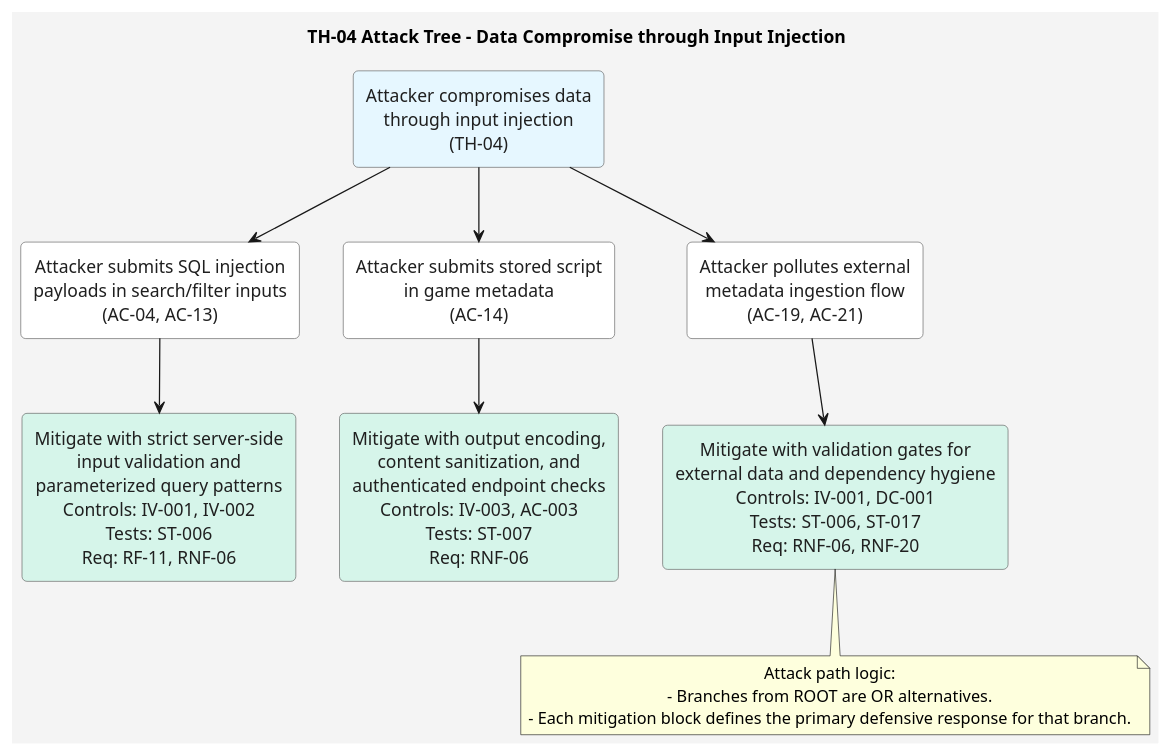
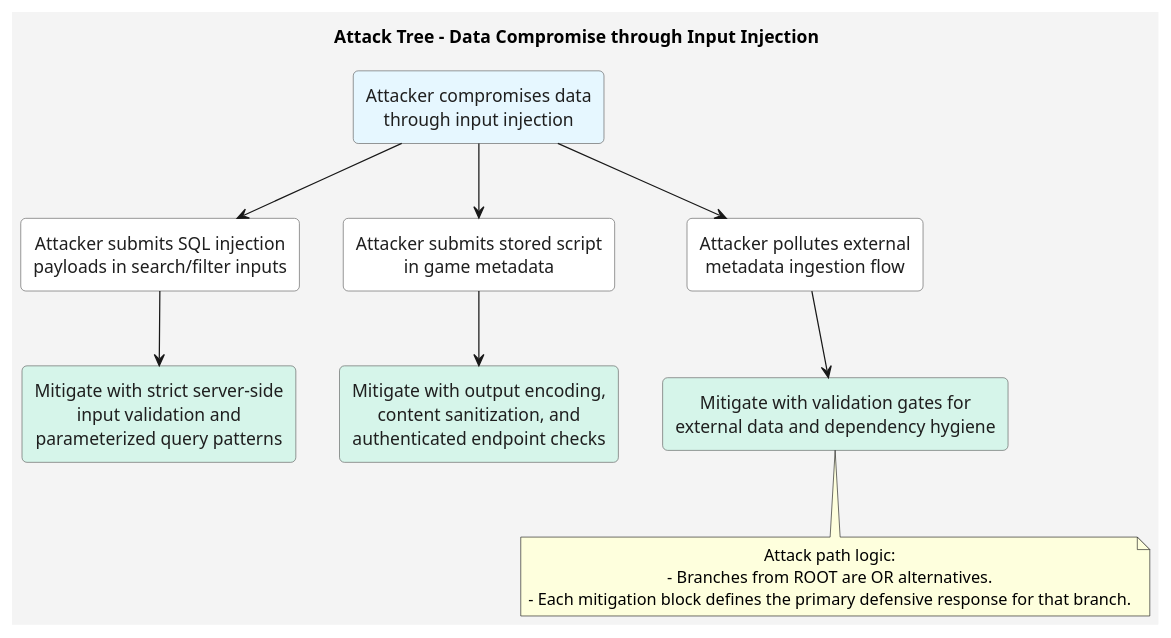
One commit to mei-desofs/desofs2026-wed_nap_2 changed the diagram in Documentation/ThreatModeling/AttackTrees/TH-04-Input-Injection-Attack-Tree.puml. Above: the diagram before and after it, drawn with PlantUML. The commit also changed 2 other files, not shown here.

Commit message:
Docs: Refactor attack tree titles and descriptions for consistency and clarity

```diff
--- a/Documentation/ThreatModeling/AttackTrees/TH-04-Input-Injection-Attack-Tree.puml
+++ b/Documentation/ThreatModeling/AttackTrees/TH-04-Input-Injection-Attack-Tree.puml
@@ -1,37 +1,37 @@
 @startuml
-title TH-04 Attack Tree - Data Compromise through Input Injection
+title Attack Tree - Data Compromise through Input Injection
 
 skinparam backgroundColor #f4f4f4
 skinparam shadowing false
 skinparam defaultTextAlignment center
 skinparam rectangle {
 	BorderColor #5c5c5c
 	FontColor #1f1f1f
 	RoundCorner 8
 }
 
-rectangle "Attacker compromises data\nthrough input injection\n(TH-04)" as ROOT #e6f7ff
+rectangle "Attacker compromises data\nthrough input injection" as ROOT #e6f7ff
 
-rectangle "Attacker submits SQL injection\npayloads in search/filter inputs\n(AC-04, AC-13)" as SQLI #ffffff
-rectangle "Attacker submits stored script\nin game metadata\n(AC-14)" as XSS #ffffff
-rectangle "Attacker pollutes external\nmetadata ingestion flow\n(AC-19, AC-21)" as POLLUTION #ffffff
+rectangle "Attacker submits SQL injection\npayloads in search/filter inputs" as SQLI #ffffff
+rectangle "Attacker submits stored script\nin game metadata" as XSS #ffffff
+rectangle "Attacker pollutes external\nmetadata ingestion flow" as POLLUTION #ffffff
 
-rectangle "Mitigate with strict server-side\ninput validation and\nparameterized query patterns\nControls: IV-001, IV-002\nTests: ST-006\nReq: RF-11, RNF-06" as M_SQLI #d6f5ea
-rectangle "Mitigate with output encoding,\ncontent sanitization, and\nauthenticated endpoint checks\nControls: IV-003, AC-003\nTests: ST-007\nReq: RNF-06" as M_XSS #d6f5ea
-rectangle "Mitigate with validation gates for\nexternal data and dependency hygiene\nControls: IV-001, DC-001\nTests: ST-006, ST-017\nReq: RNF-06, RNF-20" as M_POLLUTION #d6f5ea
+rectangle "Mitigate with strict server-side\ninput validation and\nparameterized query patterns" as M_SQLI #d6f5ea
+rectangle "Mitigate with output encoding,\ncontent sanitization, and\nauthenticated endpoint checks" as M_XSS #d6f5ea
+rectangle "Mitigate with validation gates for\nexternal data and dependency hygiene" as M_POLLUTION #d6f5ea
 
 ROOT -down-> SQLI
 ROOT -down-> XSS
 ROOT -down-> POLLUTION
 
 SQLI -down-> M_SQLI
 XSS -down-> M_XSS
 POLLUTION -down-> M_POLLUTION
 
 note bottom
 Attack path logic:
 - Branches from ROOT are OR alternatives.
 - Each mitigation block defines the primary defensive response for that branch.
 end note
 
 @enduml
```
